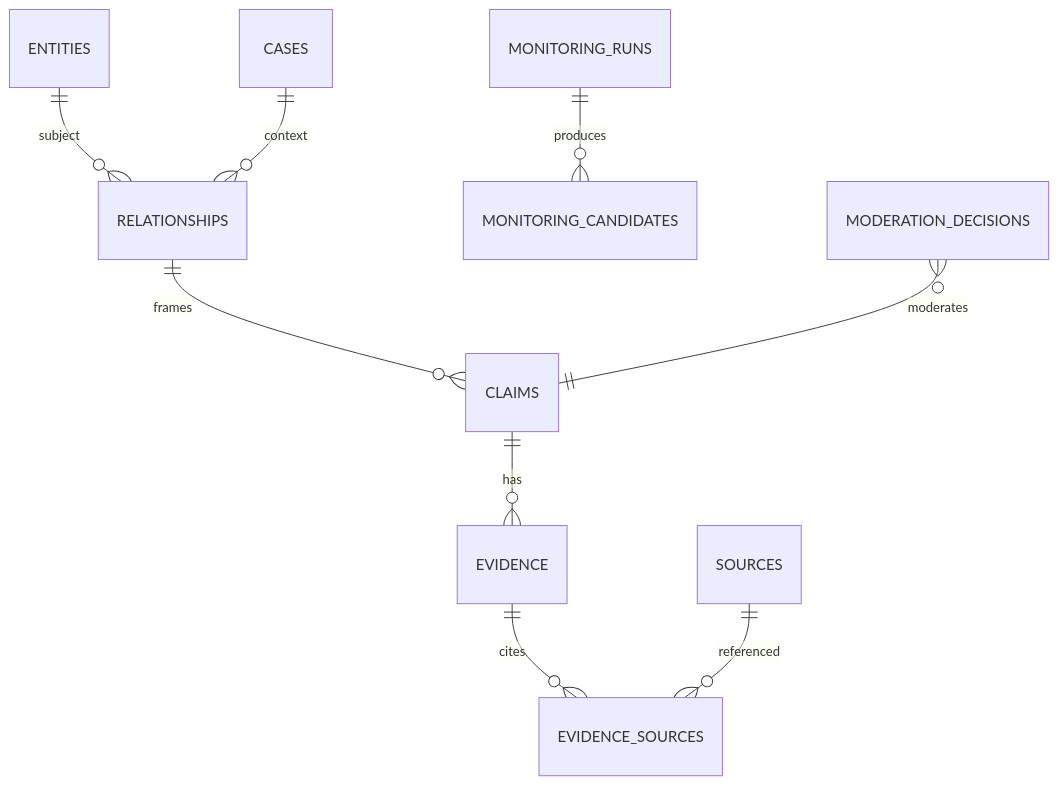
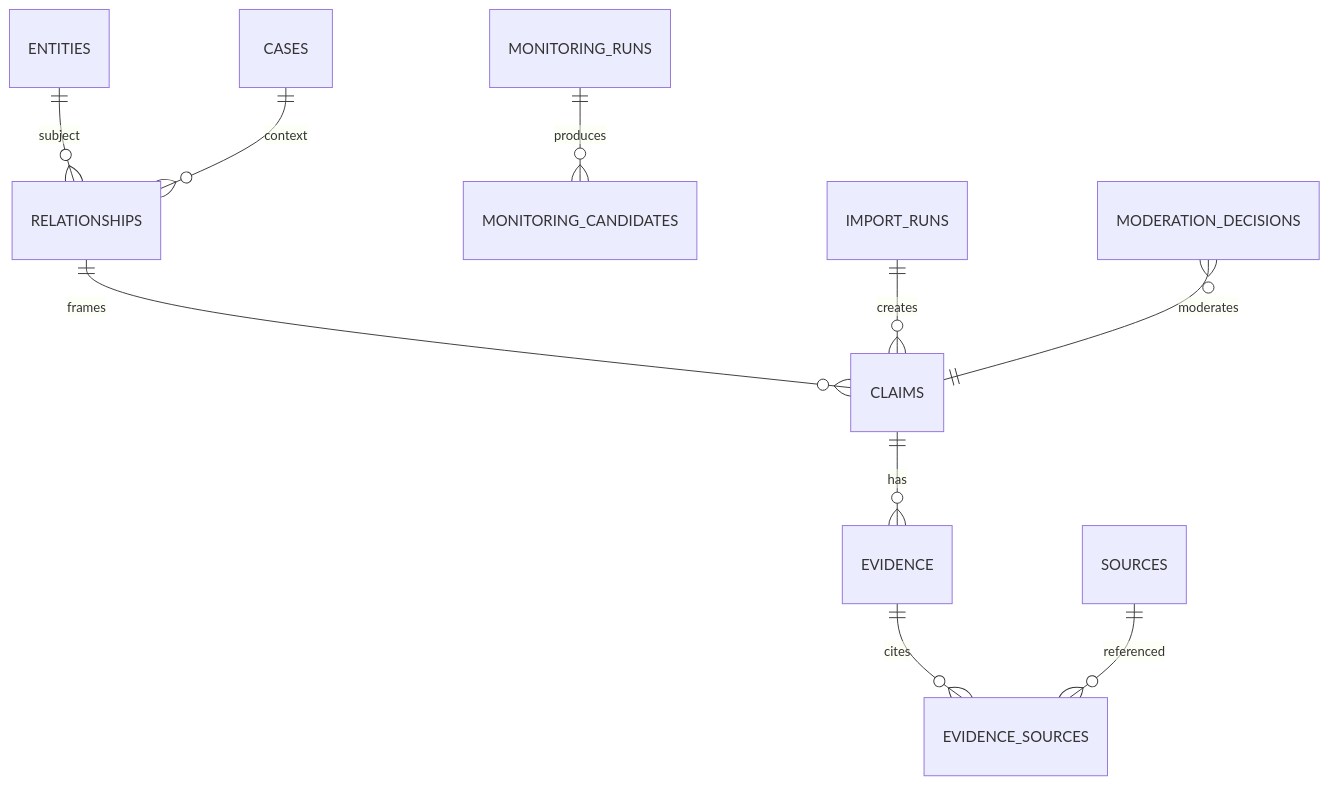
One commit to raphaieu/vorcarozap changed the diagram in docs/05-modelo-de-dados.md. Above: the diagram before and after it, drawn with Mermaid. The commit also changed other lines of this file and 19 other files, not shown here.

````diff
--- a/docs/05-modelo-de-dados.md
+++ b/docs/05-modelo-de-dados.md
@@ -21,11 +23,12 @@
 ```mermaid
 erDiagram
   ENTITIES ||--o{ RELATIONSHIPS : subject
   CASES ||--o{ RELATIONSHIPS : context
   RELATIONSHIPS ||--o{ CLAIMS : frames
   CLAIMS ||--o{ EVIDENCE : has
   EVIDENCE ||--o{ EVIDENCE_SOURCES : cites
   SOURCES ||--o{ EVIDENCE_SOURCES : referenced
   MONITORING_RUNS ||--o{ MONITORING_CANDIDATES : produces
+  IMPORT_RUNS ||--o{ CLAIMS : creates
   MODERATION_DECISIONS }o--|| CLAIMS : moderates
 ```
````
